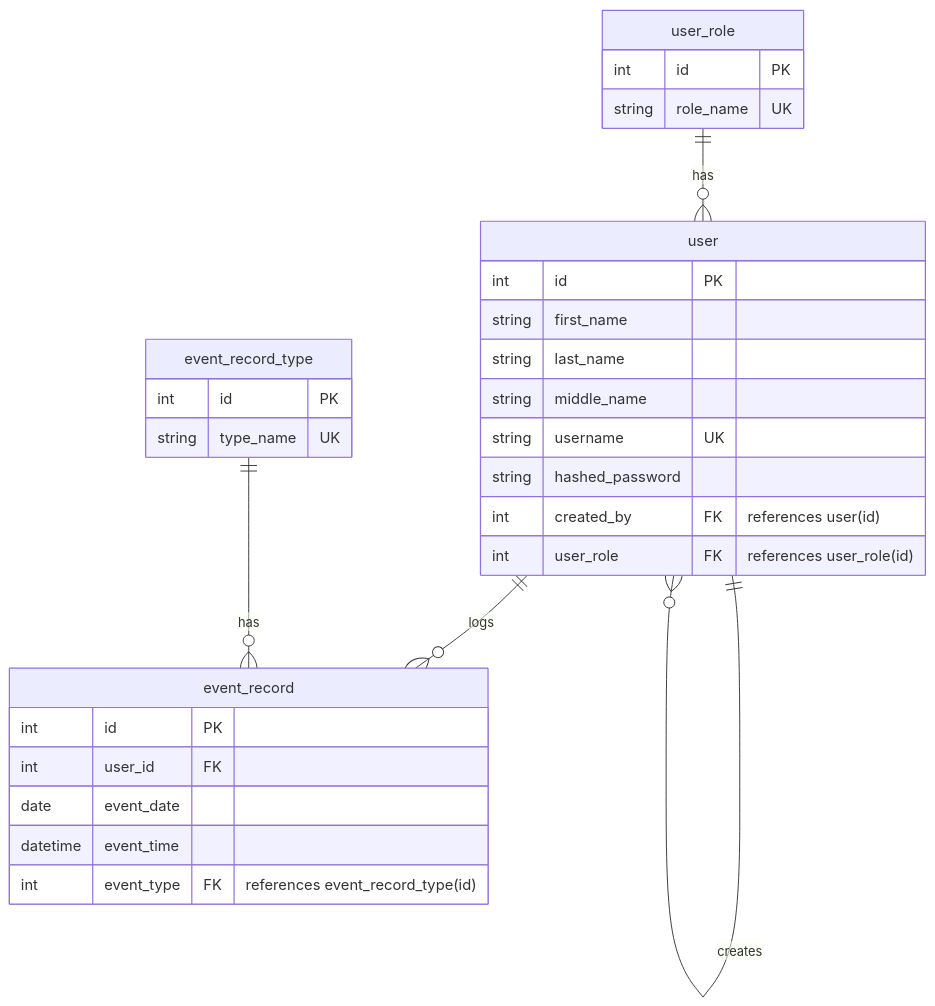
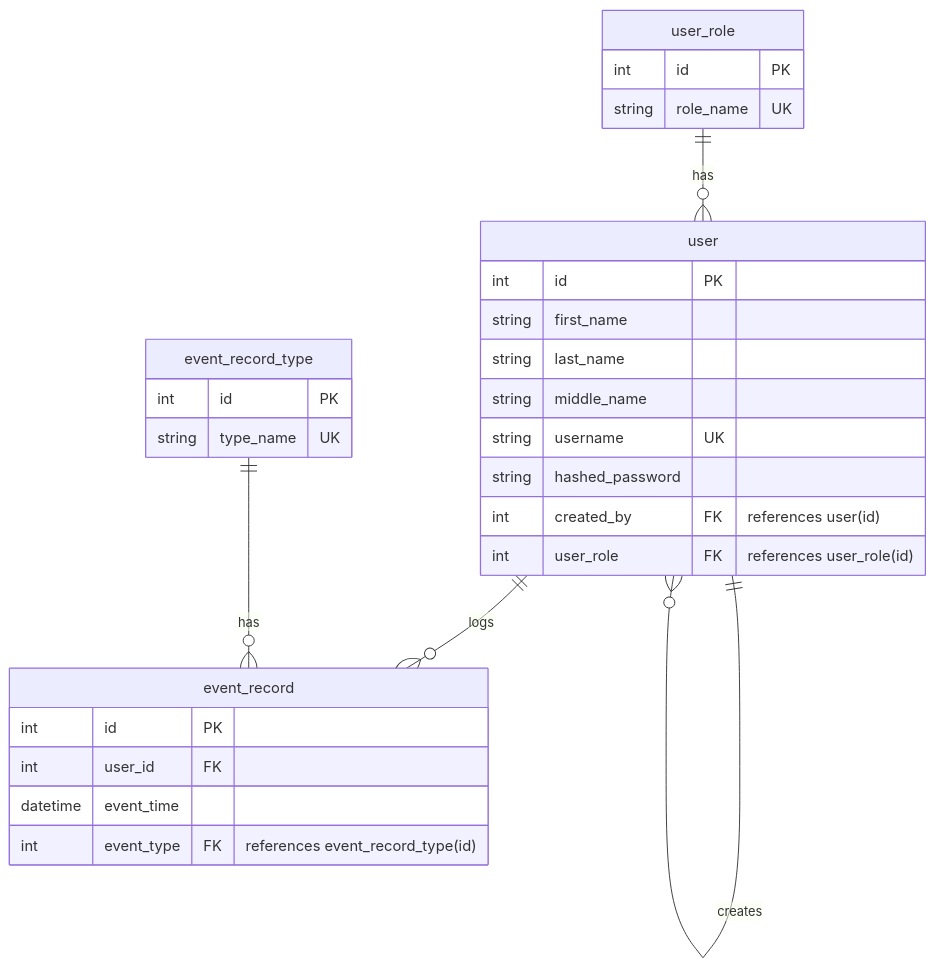
One commit to TheoDrHashiriya/daily-time-record changed the diagram in README.md. Above: the diagram before and after it, drawn with Mermaid.

Commit message:
reflected database changes in README

````diff
--- a/README.md
+++ b/README.md
@@ -20,37 +20,36 @@
 ```mermaid
 erDiagram
 user{
 int id PK
 string first_name
 string last_name
 string middle_name
 string username UK
 string hashed_password
 int created_by FK "references user(id)"
 int user_role FK "references user_role(id)"
 }
 
 user_role{
 int id PK
 string role_name UK
 }
 
 event_record{
 int id PK
 int user_id FK
-date event_date
 datetime event_time
 int event_type FK "references event_record_type(id)"
 }
 
 event_record_type{
 int id PK
 string type_name UK
 }
 
 user||--o{user:"creates"
 user_role||--o{user:"has"
 
 user||--o{event_record:"logs"
 event_record_type||--o{event_record:"has"
 ```
````
